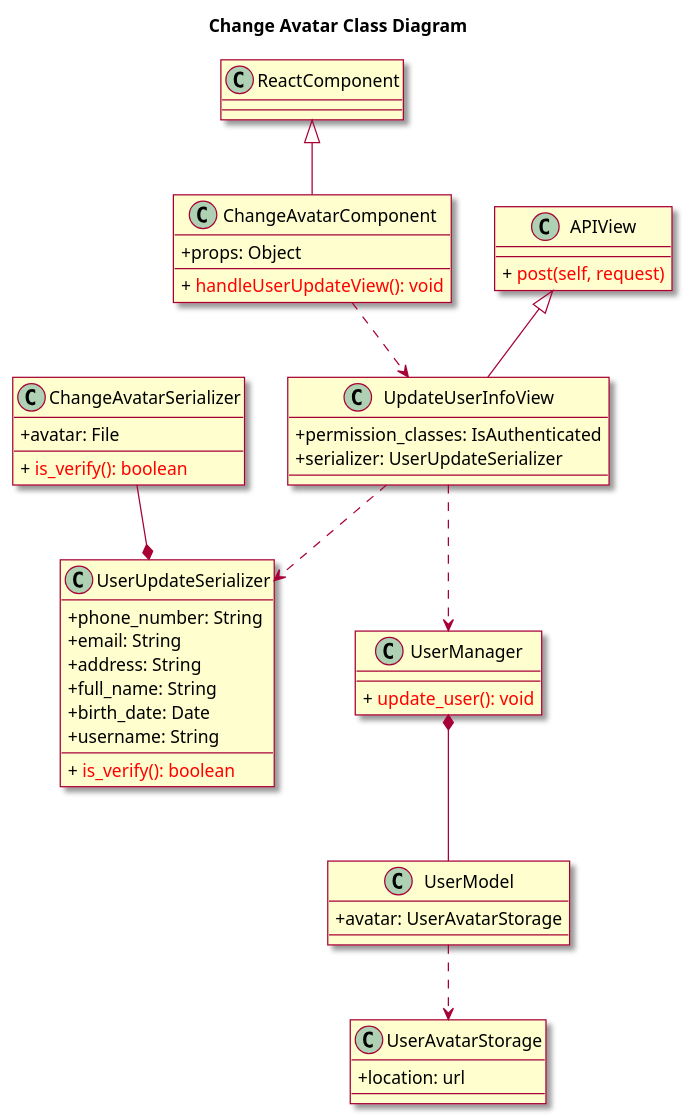
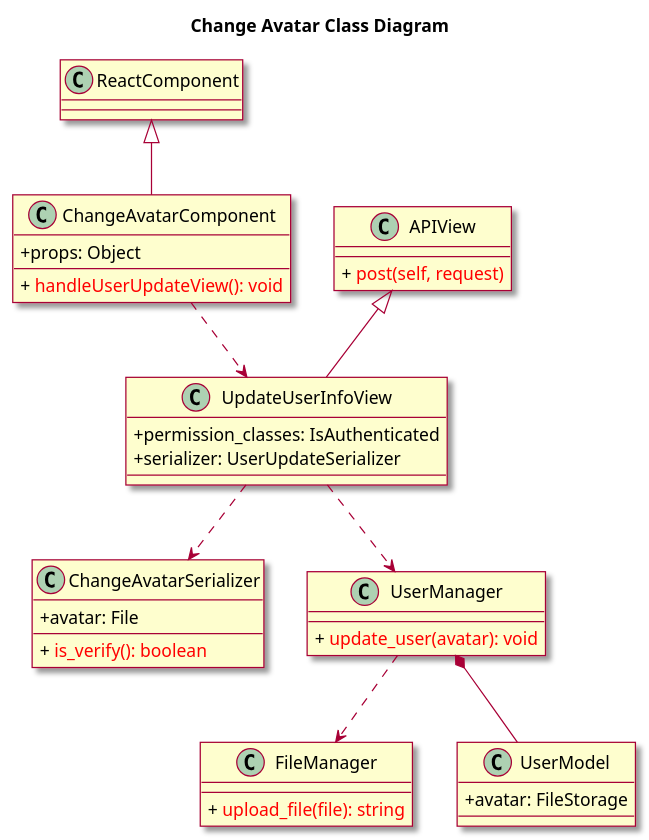
Before and after one commit to ljttl3q04t/Book-Over-There: the diagram in uml/014-class-change-avatar.wsd, drawn with PlantUML. The commit also changed 2 other files, not shown here.

```diff
--- a/uml/014-class-change-avatar.wsd
+++ b/uml/014-class-change-avatar.wsd
@@ -1,59 +1,48 @@
 @startuml
 skin rose 
 skinparam ClassAttributeIconSize 0
 
 title Change Avatar Class Diagram 
 
 class ReactComponent
 
 class ChangeAvatarComponent {
     + props: Object 
     + {method} <color:red> handleUserUpdateView(): void 
 }
 
 class UpdateUserInfoView {
     + permission_classes: IsAuthenticated
     + serializer: UserUpdateSerializer
 }
 
 class APIView {
     + {method} <color:red> post(self, request)
 }
 
-class UserUpdateSerializer {
-    + phone_number: String 
-    + email: String 
-    + address: String 
-    + full_name: String 
-    + birth_date: Date 
-    + username: String 
-    + {method} <color:red> is_verify(): boolean
-}
-
 class ChangeAvatarSerializer {
     + avatar: File 
     + {method} <color:red> is_verify(): boolean
 }
 
 class UserManager {
-    + {method} <color:red> update_user(): void
+    + {method} <color:red> update_user(avatar): void
 }
 
-class UserAvatarStorage {
-    + location: url 
+class FileManager {
+    + {method} <color:red> upload_file(file): string
 }
 
 class UserModel {
-    + avatar: UserAvatarStorage
+    + avatar: FileStorage
 }
 
 ReactComponent <|-- ChangeAvatarComponent
 APIView <|-- UpdateUserInfoView
 ChangeAvatarComponent ..> UpdateUserInfoView
-UpdateUserInfoView ..> UserUpdateSerializer
+UpdateUserInfoView ..> ChangeAvatarSerializer
 UpdateUserInfoView ..> UserManager
+UserManager ..> FileManager
 UserManager *-- UserModel
-ChangeAvatarSerializer --* UserUpdateSerializer
-UserModel ..> UserAvatarStorage
 
 @enduml
```
